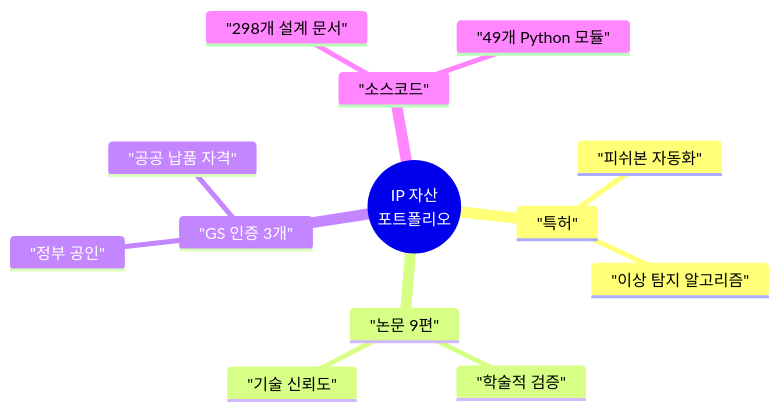
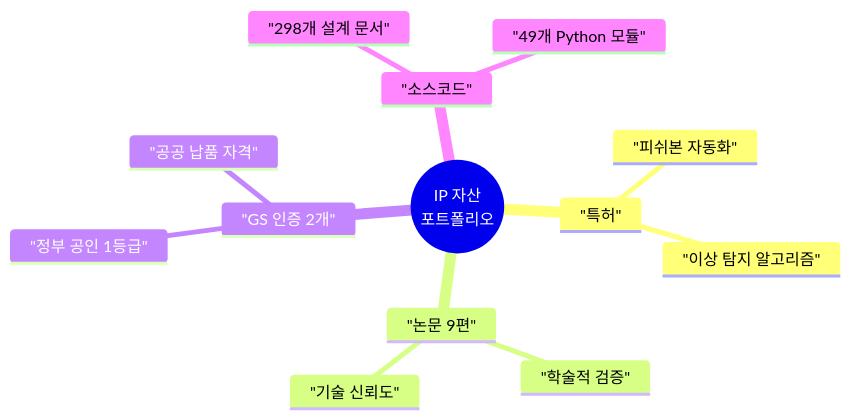
Before and after one commit to moobaek/Testing_AI_agents_for_public_use: the fifth of 9 diagrams in portfolio/portfolio_docs/Executive_Summary/02_Business_Value.md, drawn with Mermaid. The commit also changed other lines of this file and 16 other files, not shown here.

First line of the commit message:
포트폴리오 문서 업데이트: GS 인증 정보 수정, Mermaid 다이어그램 옵시디언 호환성 개선, 개인 프로필 추가

````diff
--- a/portfolio/portfolio_docs/Executive_Summary/02_Business_Value.md
+++ b/portfolio/portfolio_docs/Executive_Summary/02_Business_Value.md
@@ -175,16 +175,16 @@
 ```mermaid
 mindmap
   root(("IP 자산<br/>포트폴리오"))
     "특허"
       "피쉬본 자동화"
       "이상 탐지 알고리즘"
     "논문 9편"
       "학술적 검증"
       "기술 신뢰도"
-    "GS 인증 3개"
-      "정부 공인"
+    "GS 인증 2개"
+      "정부 공인 1등급"
       "공공 납품 자격"
     "소스코드"
       "298개 설계 문서"
       "49개 Python 모듈"
 ```
````
